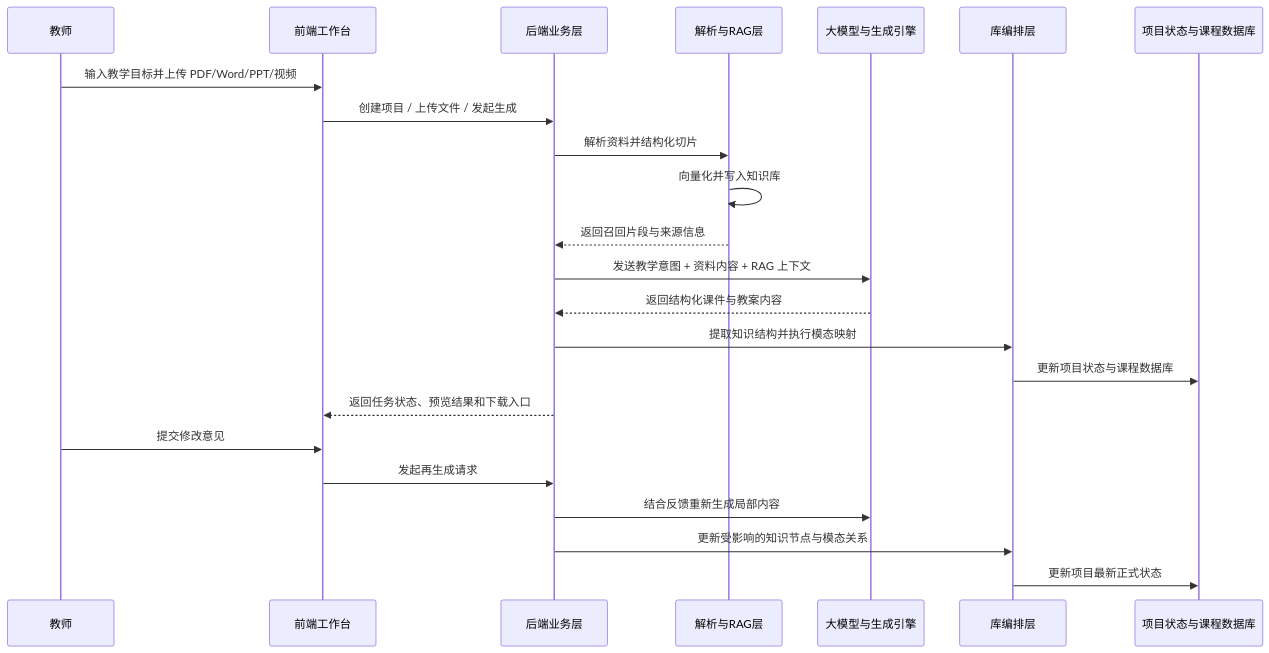
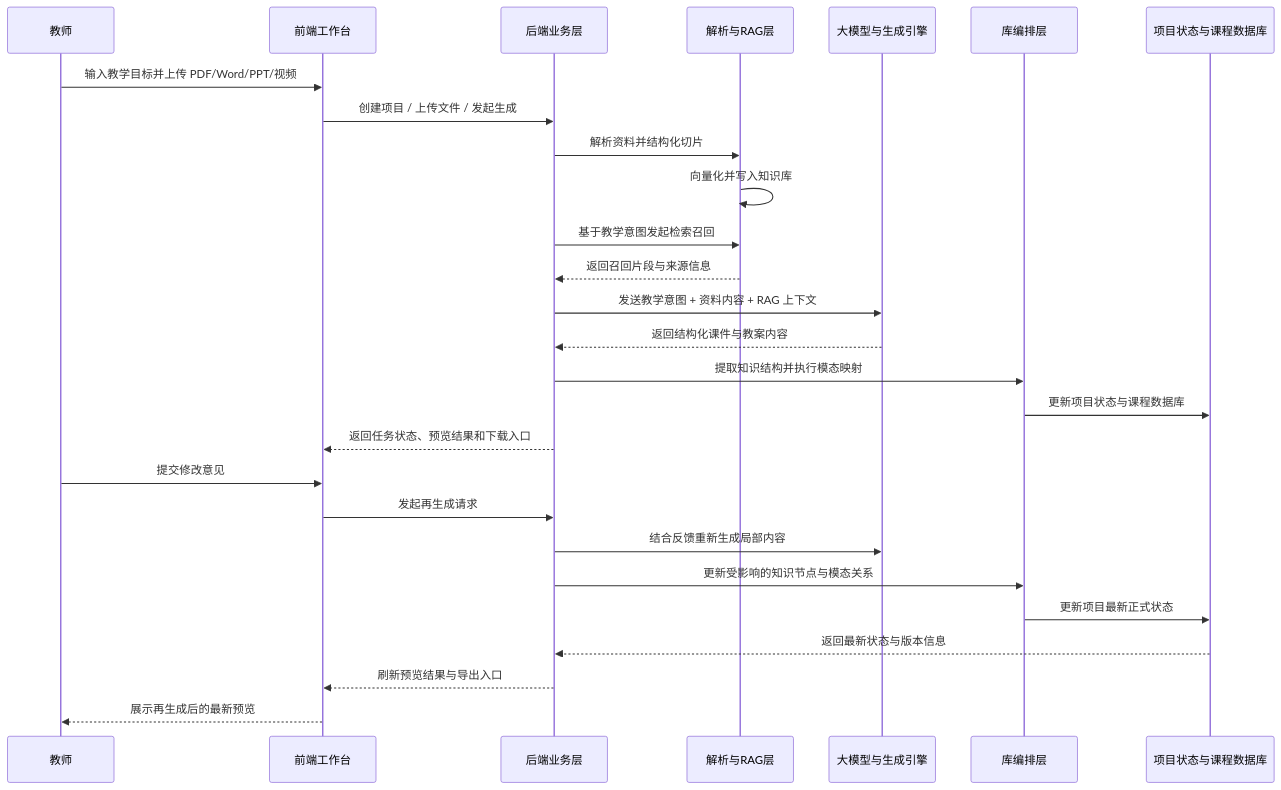
One commit to ln-one/Spectra changed the second of 3 diagrams in docs/competition/04-architecture.md. Above: the diagram before and after it, drawn with Mermaid. The commit also changed other lines of this file and 3 other files, not shown here.

Commit message:
Refine competition Mermaid diagrams

````diff
--- a/docs/competition/04-architecture.md
+++ b/docs/competition/04-architecture.md
@@ -130,26 +134,30 @@
 ```mermaid
 sequenceDiagram
     participant T as 教师
     participant UI as 前端工作台
     participant API as 后端业务层
     participant PARSER as 解析与RAG层
     participant LLM as 大模型与生成引擎
     participant ASSET as 库编排层
     participant HUB as 项目状态与课程数据库
 
     T->>UI: 输入教学目标并上传 PDF/Word/PPT/视频
     UI->>API: 创建项目 / 上传文件 / 发起生成
     API->>PARSER: 解析资料并结构化切片
     PARSER->>PARSER: 向量化并写入知识库
+    API->>PARSER: 基于教学意图发起检索召回
     PARSER-->>API: 返回召回片段与来源信息
     API->>LLM: 发送教学意图 + 资料内容 + RAG 上下文
     LLM-->>API: 返回结构化课件与教案内容
     API->>ASSET: 提取知识结构并执行模态映射
     ASSET->>HUB: 更新项目状态与课程数据库
     API-->>UI: 返回任务状态、预览结果和下载入口
     T->>UI: 提交修改意见
     UI->>API: 发起再生成请求
     API->>LLM: 结合反馈重新生成局部内容
     API->>ASSET: 更新受影响的知识节点与模态关系
     ASSET->>HUB: 更新项目最新正式状态
+    HUB-->>API: 返回最新状态与版本信息
+    API-->>UI: 刷新预览结果与导出入口
+    UI-->>T: 展示再生成后的最新预览
 ```
````
